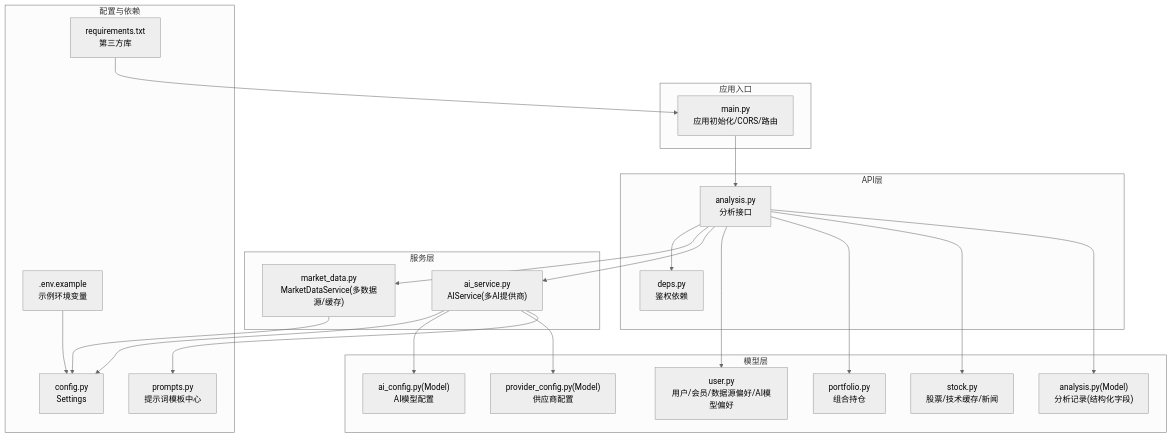
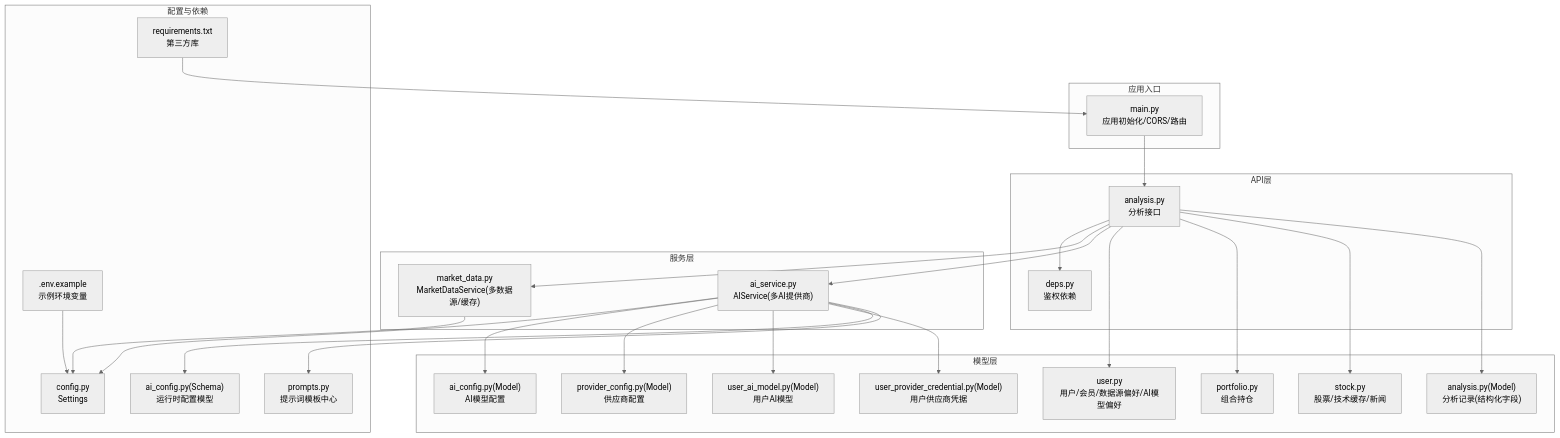
One commit to breeze-lyf/ai-stock-advisor changed the first of 7 diagrams in .qoder/repowiki/zh/content/AI智能分析服务/AI智能分析服务.md. Above: the diagram before and after it, drawn with Mermaid (neutral theme). The commit also changed other lines of this file and 30 other files, not shown here.

````diff
--- a/.qoder/repowiki/zh/content/AI智能分析服务/AI智能分析服务.md
+++ b/.qoder/repowiki/zh/content/AI智能分析服务/AI智能分析服务.md
@@ -67,43 +72,49 @@
 ```mermaid
 graph TB
 subgraph "应用入口"
 M["main.py<br/>应用初始化/CORS/路由"]
 end
 subgraph "API层"
 D["deps.py<br/>鉴权依赖"]
 A["analysis.py<br/>分析接口"]
 end
 subgraph "服务层"
 S_AI["ai_service.py<br/>AIService(多AI提供商)"]
 S_MD["market_data.py<br/>MarketDataService(多数据源/缓存)"]
 end
 subgraph "模型层"
 U["user.py<br/>用户/会员/数据源偏好/AI模型偏好"]
 P["portfolio.py<br/>组合持仓"]
 T["stock.py<br/>股票/技术缓存/新闻"]
 R["analysis.py(Model)<br/>分析记录(结构化字段)"]
 AI_CFG["ai_config.py(Model)<br/>AI模型配置"]
 PROV_CFG["provider_config.py(Model)<br/>供应商配置"]
+USER_AI["user_ai_model.py(Model)<br/>用户AI模型"]
+USER_CRED["user_provider_credential.py(Model)<br/>用户供应商凭据"]
 end
 subgraph "配置与依赖"
 C["config.py<br/>Settings"]
 PROMPTS["prompts.py<br/>提示词模板中心"]
+SCHEMAS["ai_config.py(Schema)<br/>运行时配置模型"]
 REQ["requirements.txt<br/>第三方库"]
 ENV[".env.example<br/>示例环境变量"]
 end
 M --> A
 A --> D
 A --> S_MD
 A --> S_AI
 S_AI --> C
 S_AI --> AI_CFG
 S_AI --> PROV_CFG
+S_AI --> USER_AI
+S_AI --> USER_CRED
+S_AI --> SCHEMAS
 S_AI --> PROMPTS
 S_MD --> C
 A --> U
 A --> P
 A --> T
 A --> R
 REQ --> M
 ENV --> C
 ```
````
